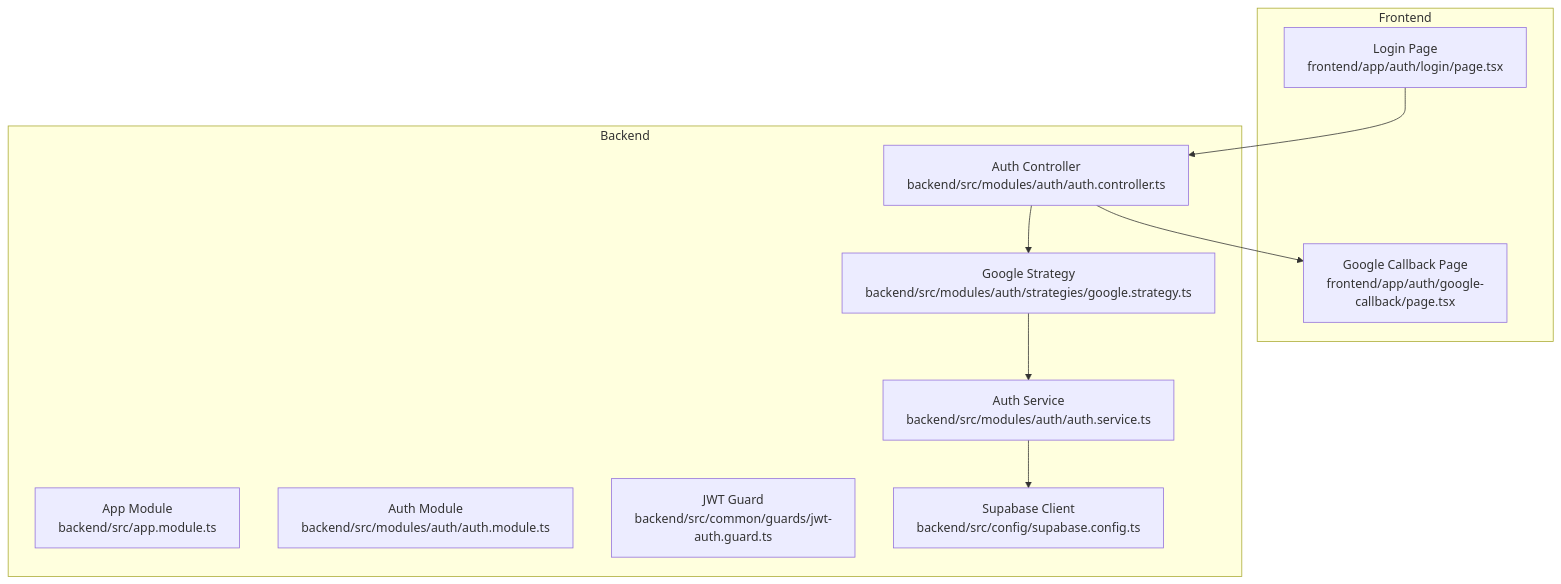
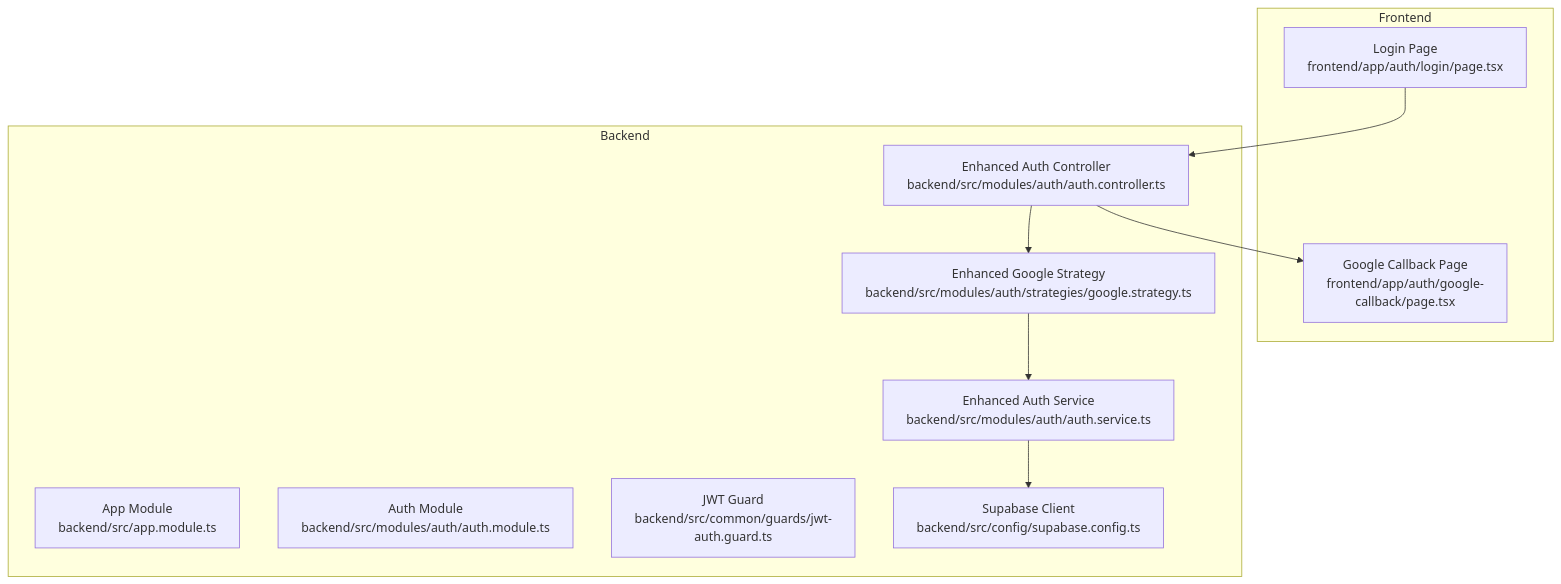
One commit to devonxjz/MissLost changed the first of 7 diagrams in .qoder/repowiki/en/content/Backend Architecture/Authentication System/Google OAuth Integration.md. Above: the diagram before and after it, drawn with Mermaid. The commit also changed other lines of this file and 12 other files, not shown here.

````diff
--- a/.qoder/repowiki/en/content/Backend Architecture/Authentication System/Google OAuth Integration.md
+++ b/.qoder/repowiki/en/content/Backend Architecture/Authentication System/Google OAuth Integration.md
@@ -39,21 +46,21 @@
 ```mermaid
 graph TB
 subgraph "Frontend"
 FE_Login["Login Page<br/>frontend/app/auth/login/page.tsx"]
 FE_Callback["Google Callback Page<br/>frontend/app/auth/google-callback/page.tsx"]
 end
 subgraph "Backend"
 BE_App["App Module<br/>backend/src/app.module.ts"]
 BE_AuthModule["Auth Module<br/>backend/src/modules/auth/auth.module.ts"]
-BE_Strategy["Google Strategy<br/>backend/src/modules/auth/strategies/google.strategy.ts"]
-BE_Service["Auth Service<br/>backend/src/modules/auth/auth.service.ts"]
-BE_Controller["Auth Controller<br/>backend/src/modules/auth/auth.controller.ts"]
+BE_Strategy["Enhanced Google Strategy<br/>backend/src/modules/auth/strategies/google.strategy.ts"]
+BE_Service["Enhanced Auth Service<br/>backend/src/modules/auth/auth.service.ts"]
+BE_Controller["Enhanced Auth Controller<br/>backend/src/modules/auth/auth.controller.ts"]
 BE_Guard["JWT Guard<br/>backend/src/common/guards/jwt-auth.guard.ts"]
 BE_DB["Supabase Client<br/>backend/src/config/supabase.config.ts"]
 end
 FE_Login --> BE_Controller
 BE_Controller --> BE_Strategy
 BE_Strategy --> BE_Service
 BE_Service --> BE_DB
 BE_Controller --> FE_Callback
 ```
````
